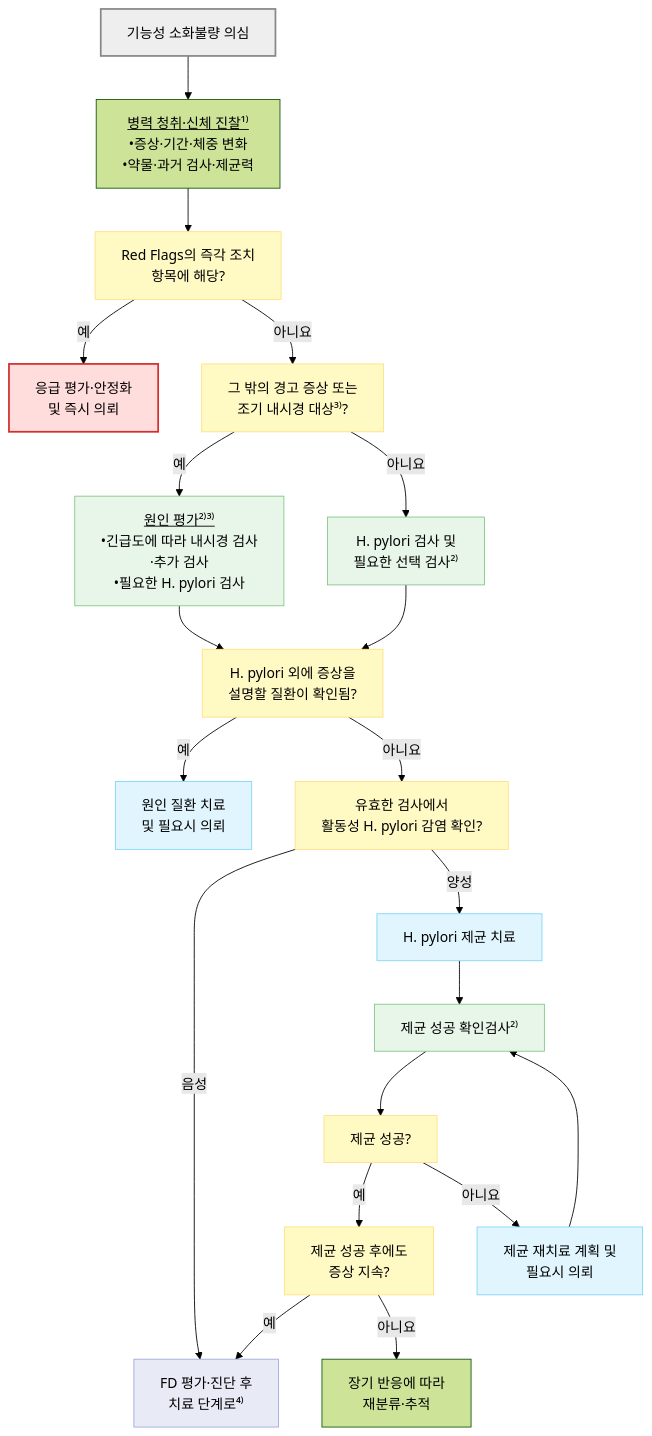
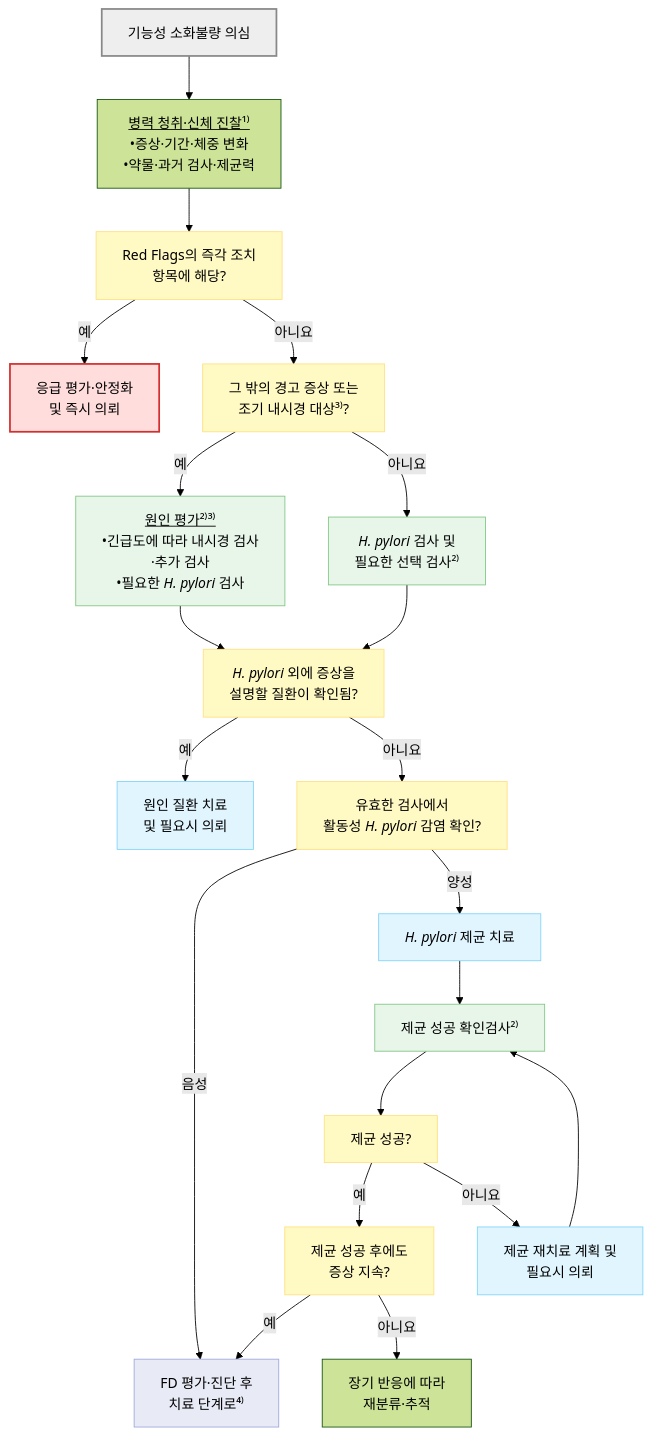
The diagram in 224_/076_-functional-dyspepsia.md (familyoh77/familyoh77), drawn with Mermaid (forest theme) before and after one commit. The commit also changed other lines of this file and 2 other files, not shown here.

````diff
--- a/224_/076_-functional-dyspepsia.md
+++ b/224_/076_-functional-dyspepsia.md
@@ -147,35 +147,35 @@
 ```mermaid
 flowchart TD
     Start["기능성 소화불량 의심"] --> History["<u>병력 청취·신체 진찰¹⁾</u><br/>•증상·기간·체중 변화<br/>•약물·과거 검사·제균력"]
     History --> Alarm["Red Flags의 즉각 조치<br/>항목에 해당?"]
     Alarm -- "예" --> Urgent["응급 평가·안정화<br/>및 즉시 의뢰"]
     Alarm -- "아니요" --> Risk["그 밖의 경고 증상 또는<br/>조기 내시경 대상³⁾?"]
-    Risk -- "예" --> AddTest["<u>원인 평가²⁾³⁾</u><br/>•긴급도에 따라 내시경 검사<br/>·추가 검사<br/>•필요한 H. pylori 검사"]
-    Risk -- "아니요" --> Labs["H. pylori 검사 및<br/>필요한 선택 검사²⁾"]
-    AddTest --> Result["H. pylori 외에 증상을<br/>설명할 질환이 확인됨?"]
+    Risk -- "예" --> AddTest["<u>원인 평가²⁾³⁾</u><br/>•긴급도에 따라 내시경 검사<br/>·추가 검사<br/>•필요한 <i>H. pylori</i> 검사"]
+    Risk -- "아니요" --> Labs["<i>H. pylori</i> 검사 및<br/>필요한 선택 검사²⁾"]
+    AddTest --> Result["<i>H. pylori</i> 외에 증상을<br/>설명할 질환이 확인됨?"]
     Labs --> Result
     Result -- "예" --> Organic["원인 질환 치료<br/>및 필요시 의뢰"]
-    Result -- "아니요" --> HP["유효한 검사에서<br/>활동성 H. pylori 감염 확인?"]
+    Result -- "아니요" --> HP["유효한 검사에서<br/>활동성 <i>H. pylori</i> 감염 확인?"]
     HP -- "음성" --> FD_Next
-    HP -- "양성" --> Erad["H. pylori 제균 치료"]
+    HP -- "양성" --> Erad["<i>H. pylori</i> 제균 치료"]
     Erad --> Confirm["제균 성공 확인검사²⁾"]
     Confirm --> Success["제균 성공?"]
     Success -- "예" --> Persist["제균 성공 후에도<br/>증상 지속?"]
     Success -- "아니요" --> Retry["제균 재치료 계획 및 <br/>필요시 의뢰"]
     Retry --> Confirm
     Persist -- "예" --> FD_Next["FD 평가·진단 후<br/>치료 단계로⁴⁾"]
     Persist -- "아니요" --> Follow["장기 반응에 따라<br/>재분류·추적"]
 
     style Start fill:#eeeeee,stroke:#888888,stroke-width:2px
     classDef question fill:#fff9c4,stroke:#ffe082
     classDef test fill:#e8f5e9,stroke:#81c784
     classDef treatment fill:#e1f5fe,stroke:#81d4fa
     classDef danger fill:#ffdddd,stroke:#d32f2f,stroke-width:2px
     classDef next fill:#e8eaf6,stroke:#9fa8da
     class Alarm,Risk,Result,HP,Success,Persist question
     class AddTest,Labs,Confirm test
     class Organic,Erad,Retry treatment
     class Urgent danger
     class FD_Next next
 
 ```
````
